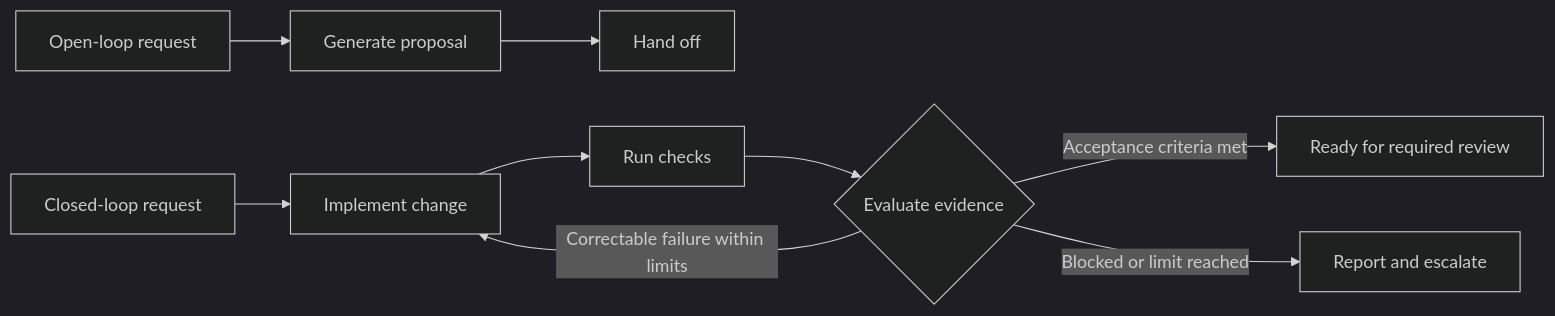
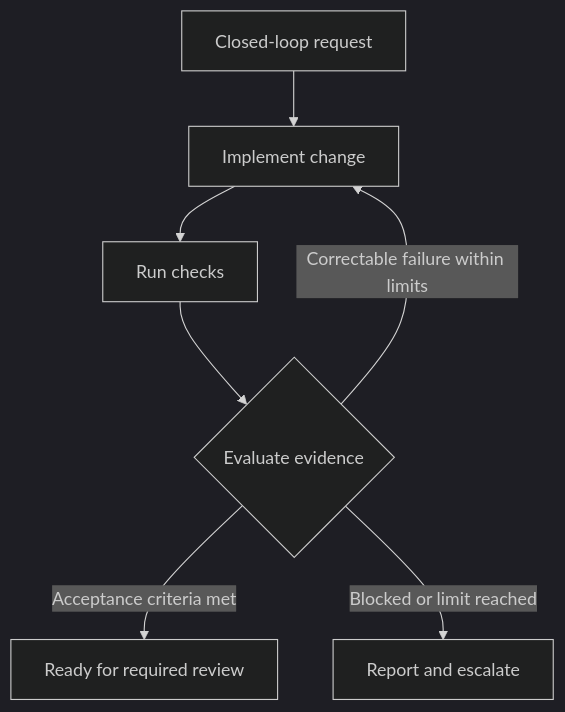
One commit to jimthompson5802/coding-assistant-practices changed the second of 2 diagrams in presentations/agent-friendly-repo.md. Above: the diagram before and after it, drawn with Mermaid (dark theme). The commit also changed other lines of this file, not shown here.

Commit message:
Add visual representations for open-loop and closed-loop workflows in agent-friendly repository presentation

````diff
--- a/presentations/agent-friendly-repo.md
+++ b/presentations/agent-friendly-repo.md
@@ -28,8 +35,7 @@
 ```mermaid
-flowchart LR
-    O[Open-loop request] --> G[Generate proposal] --> H[Hand off]
+flowchart TB
     C[Closed-loop request] --> I[Implement change] --> V[Run checks] --> E{Evaluate evidence}
     E -->|Correctable failure within limits| I
     E -->|Acceptance criteria met| R[Ready for required review]
     E -->|Blocked or limit reached| S[Report and escalate]
 ```
````
